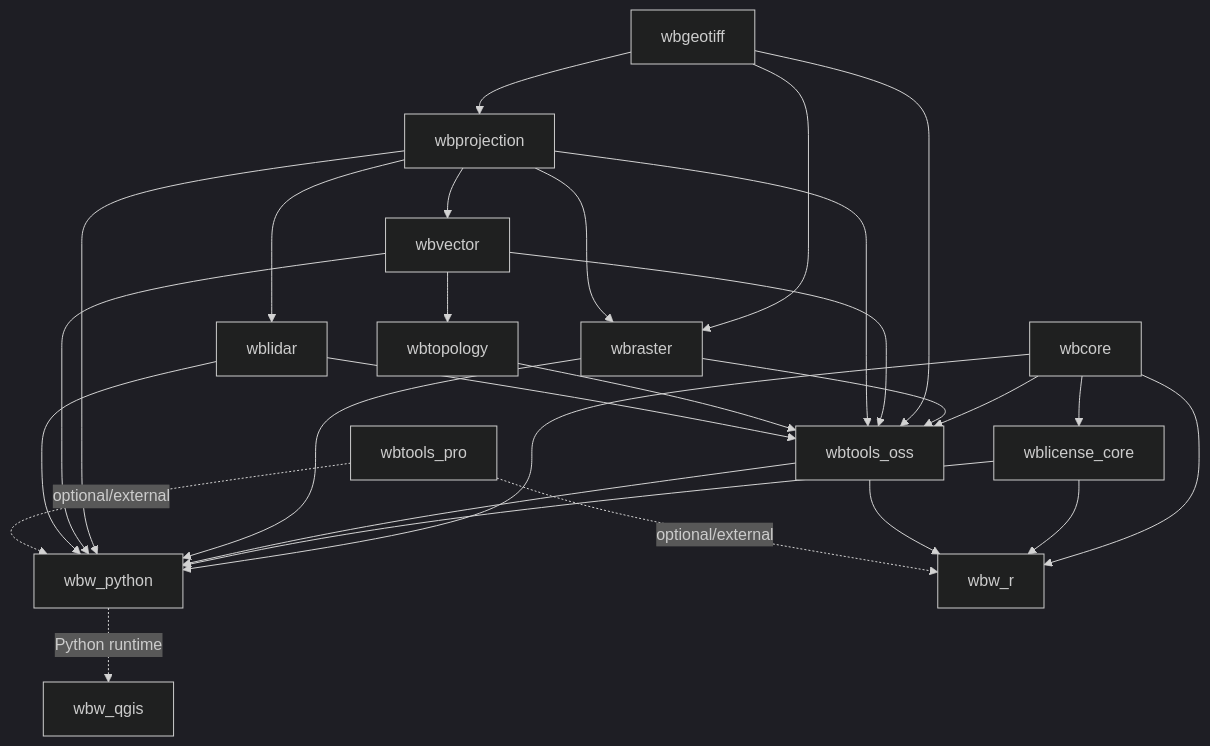
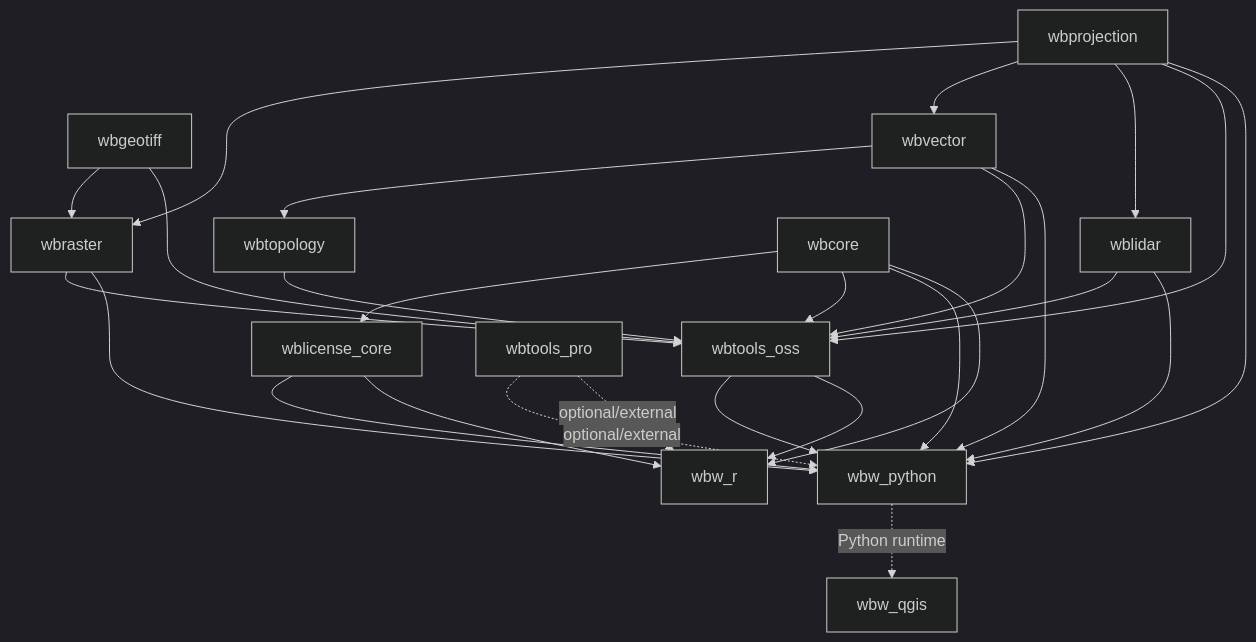
Before and after one commit to jblindsay/whitebox_next_gen: the diagram in README.md, drawn with Mermaid (dark theme). The commit also changed 3 other files, not shown here.

Commit message:
Remove unused wbgeotiff dependency from wbprojection and update README graph

````diff
--- a/README.md
+++ b/README.md
@@ -107,36 +107,35 @@
 ```mermaid
 graph TD
-	wbgeotiff --> wbprojection
 	wbgeotiff --> wbraster
 	wbprojection --> wbraster
 	wbprojection --> wbvector
 	wbvector --> wbtopology
 	wbprojection --> wblidar
 
 	wbcore --> wblicense_core
 
 	wbcore --> wbtools_oss
 	wbraster --> wbtools_oss
 	wbgeotiff --> wbtools_oss
 	wbvector --> wbtools_oss
 	wbprojection --> wbtools_oss
 	wbtopology --> wbtools_oss
 	wblidar --> wbtools_oss
 
 	wbcore --> wbw_python
 	wblicense_core --> wbw_python
 	wbtools_oss --> wbw_python
 	wbraster --> wbw_python
 	wbprojection --> wbw_python
 	wbvector --> wbw_python
 	wblidar --> wbw_python
 
 	wbcore --> wbw_r
 	wblicense_core --> wbw_r
 	wbtools_oss --> wbw_r
 
 	wbtools_pro -. optional/external .-> wbw_python
 	wbtools_pro -. optional/external .-> wbw_r
 
         wbw_python -. Python runtime .-> wbw_qgis
 ```
````
